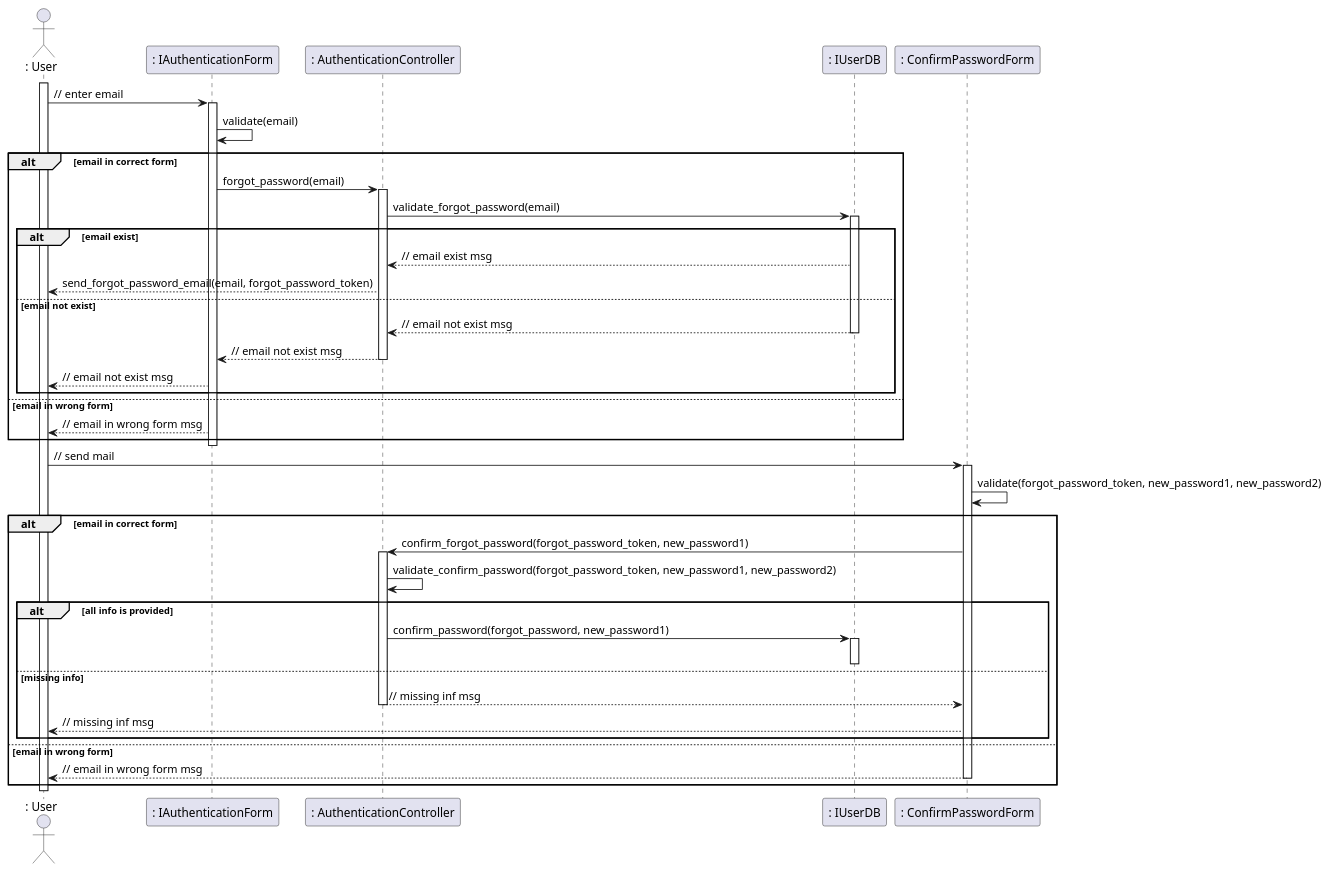
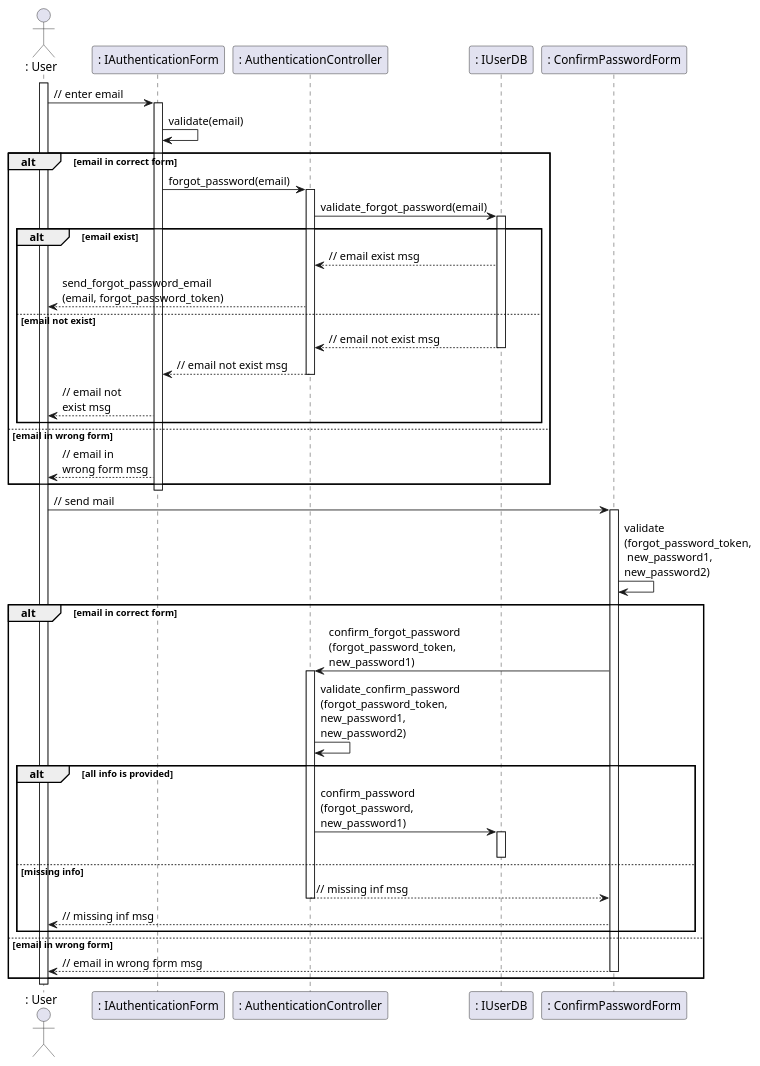
One commit to anonyhostvn/OOAD-Diagram changed the diagram in sequence - design/authentication/forgotPassword.plantuml. Above: the diagram before and after it, drawn with PlantUML. The commit also changed 6 other files, not shown here.

```diff
--- a/sequence - design/authentication/forgotPassword.plantuml
+++ b/sequence - design/authentication/forgotPassword.plantuml
@@ -1,59 +1,59 @@
 @startuml
 actor ": User"
 
 activate ": User"
 ": User" -> ": IAuthenticationForm" : // enter email
 activate ": IAuthenticationForm"
 ": IAuthenticationForm" -> ": IAuthenticationForm" : validate(email)
 
 alt email in correct form
 
 ": IAuthenticationForm" -> ": AuthenticationController" : forgot_password(email)
 
 activate ": AuthenticationController"
 ": AuthenticationController" -> ": IUserDB" : validate_forgot_password(email)
 activate ": IUserDB"
 
 alt email exist
 ": IUserDB" --> ": AuthenticationController" : // email exist msg
-": AuthenticationController" --> ": User" : send_forgot_password_email(email, forgot_password_token)
+": AuthenticationController" --> ": User" : send_forgot_password_email\n(email, forgot_password_token)
 else email not exist
 
 ": IUserDB" --> ": AuthenticationController" : // email not exist msg
 deactivate ": IUserDB"
 ": AuthenticationController" --> ": IAuthenticationForm" : // email not exist msg
 deactivate ": AuthenticationController"
-": IAuthenticationForm" --> ": User" : // email not exist msg
+": IAuthenticationForm" --> ": User" : // email not \nexist msg
 end
 
 else email in wrong form
-": IAuthenticationForm" --> ": User" : // email in wrong form msg
+": IAuthenticationForm" --> ": User" : // email in \nwrong form msg
 
 end
 deactivate ": IAuthenticationForm"
 ": User" -> ": ConfirmPasswordForm" :  // send mail
 activate ": ConfirmPasswordForm"
-": ConfirmPasswordForm" -> ": ConfirmPasswordForm" : validate(forgot_password_token, new_password1, new_password2)
+": ConfirmPasswordForm" -> ": ConfirmPasswordForm" : validate\n(forgot_password_token,\n new_password1, \nnew_password2)
 alt email in correct form
 
-": ConfirmPasswordForm" -> ": AuthenticationController" : confirm_forgot_password(forgot_password_token, new_password1)
+": ConfirmPasswordForm" -> ": AuthenticationController" : confirm_forgot_password\n(forgot_password_token, \nnew_password1)
 activate ": AuthenticationController"
-": AuthenticationController" -> ": AuthenticationController" : validate_confirm_password(forgot_password_token, new_password1, new_password2)
+": AuthenticationController" -> ": AuthenticationController" : validate_confirm_password\n(forgot_password_token, \nnew_password1, \nnew_password2)
 
 
 alt all info is provided
-": AuthenticationController" -> ": IUserDB" : confirm_password(forgot_password, new_password1)
+": AuthenticationController" -> ": IUserDB" : confirm_password\n(forgot_password, \nnew_password1)
 
 activate ": IUserDB"
 deactivate ": IUserDB"
 else missing info
 ": AuthenticationController" --> ": ConfirmPasswordForm" : // missing inf msg
 deactivate ": AuthenticationController"
 ": ConfirmPasswordForm" --> ": User" : // missing inf msg
 end
 else email in wrong form
 ": ConfirmPasswordForm" --> ": User" : // email in wrong form msg
 deactivate ": ConfirmPasswordForm"
 end
 deactivate ": User"
 @enduml
```
